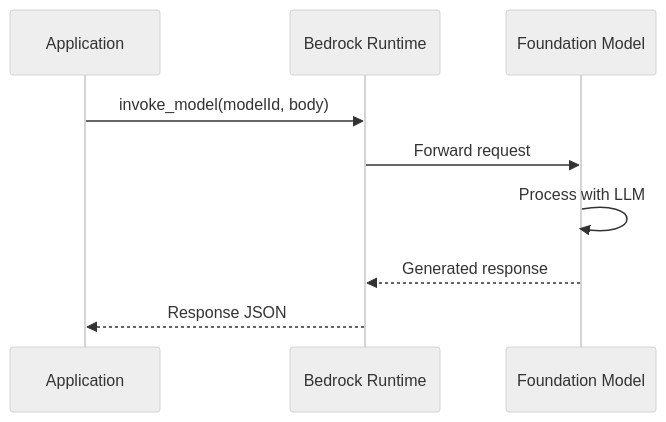
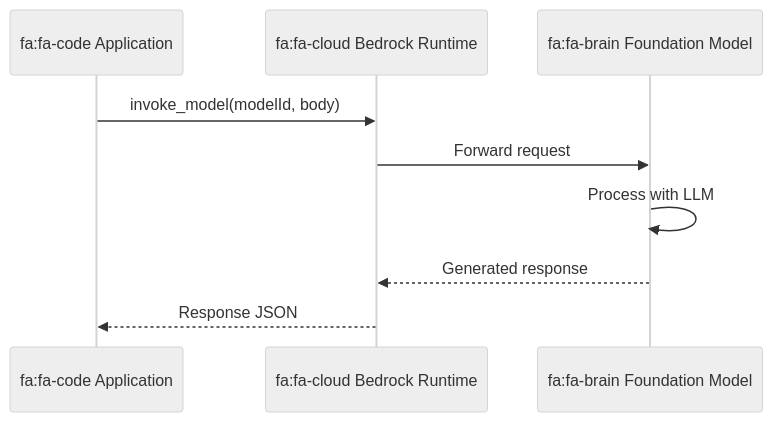
One commit to vinu76jsr/aws-sample-projects changed the second of 3 diagrams in aws-ml-associate-prep/09-bedrock-rag/LAB.md. Above: the diagram before and after it, drawn with Mermaid (neutral theme). The commit also changed other lines of this file and 15 other files, not shown here.

First line of the commit message:
Add Font Awesome icons to all Mermaid diagrams

````diff
--- a/aws-ml-associate-prep/09-bedrock-rag/LAB.md
+++ b/aws-ml-associate-prep/09-bedrock-rag/LAB.md
@@ -63,12 +63,12 @@
 ```mermaid
 sequenceDiagram
-    participant App as Application
-    participant BR as Bedrock Runtime
-    participant Model as Foundation Model
+    participant App as fa:fa-code Application
+    participant BR as fa:fa-cloud Bedrock Runtime
+    participant Model as fa:fa-brain Foundation Model
 
     App->>BR: invoke_model(modelId, body)
     BR->>Model: Forward request
     Model->>Model: Process with LLM
     Model-->>BR: Generated response
     BR-->>App: Response JSON
 ```
````
